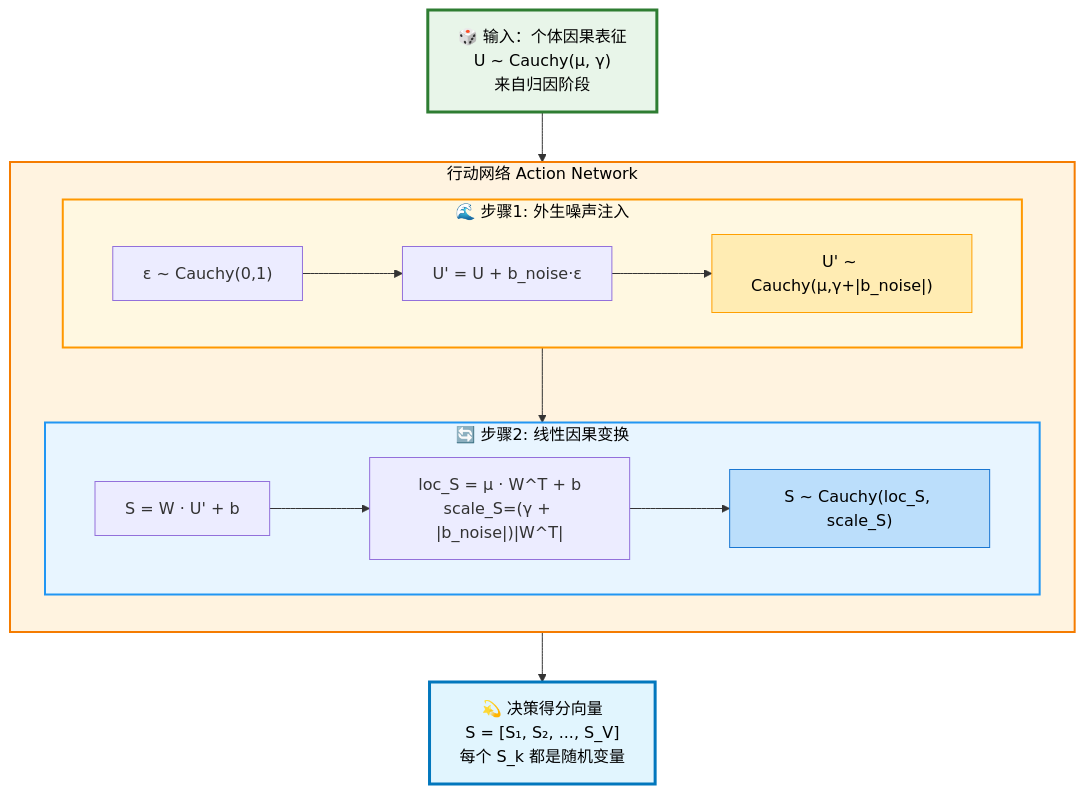
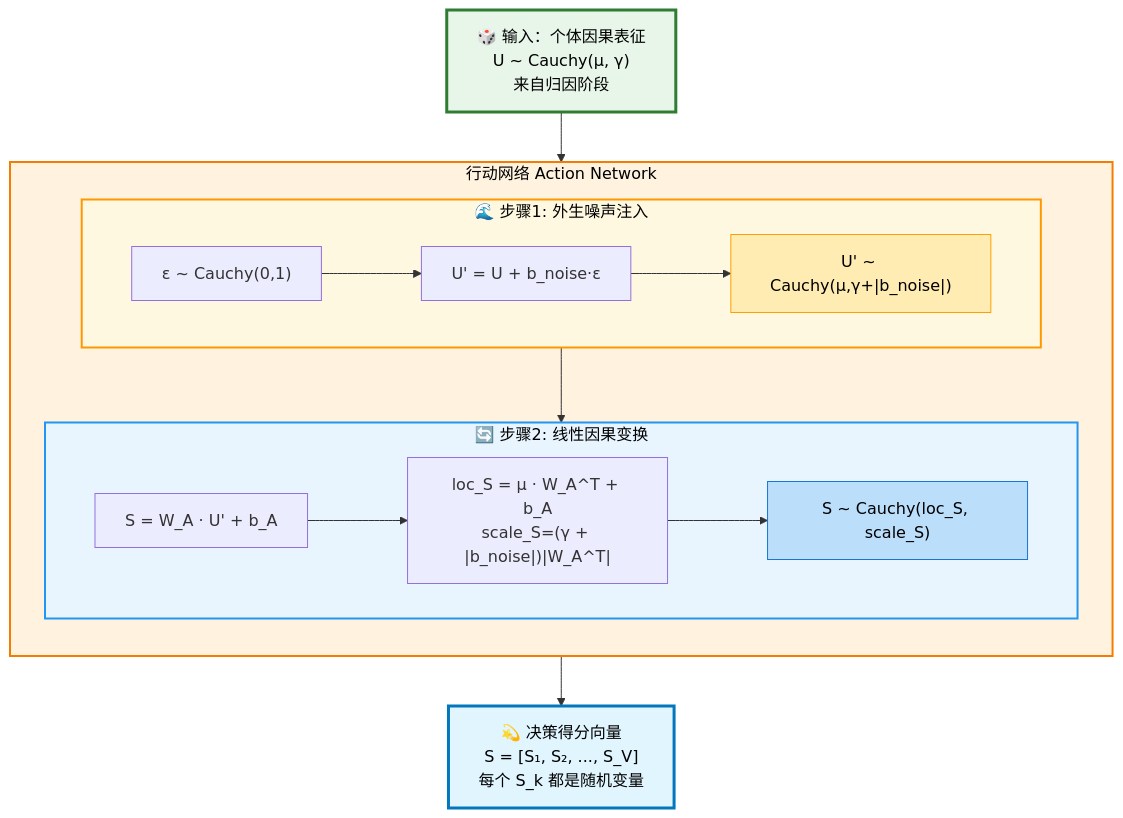
Before and after one commit to 1587causalai/CausalQwen: the fourth of 9 diagrams in causal_engine/MATHEMATICAL_FOUNDATIONS_CN.md, drawn with Mermaid. The commit also changed other lines of this file, not shown here.

````diff
--- a/causal_engine/MATHEMATICAL_FOUNDATIONS_CN.md
+++ b/causal_engine/MATHEMATICAL_FOUNDATIONS_CN.md
@@ -181,41 +181,41 @@
 ```mermaid
 graph TB
     %% 行动网络：两步变换生成决策得分
     
     U["🎲 输入：个体因果表征<br/>U ~ Cauchy(μ, γ)<br/>来自归因阶段"]
     
     U --> ActionNet
     
     subgraph ActionNet ["行动网络 Action Network"]
         direction TB
         
         subgraph Step1 ["🌊 步骤1: 外生噪声注入"]
             direction LR
             Noise["ε ~ Cauchy(0,1)"] 
             NoiseOp["U' = U + b_noise·ε"]
             Result1["U' ~ Cauchy(μ,γ+|b_noise|)"]
             Noise --> NoiseOp --> Result1
         end
         
         subgraph Step2 ["🔄 步骤2: 线性因果变换"]
             direction LR
-            Transform["S = W · U' + b"]
-            Params["loc_S = μ · W^T + b<br/>scale_S=(γ + |b_noise|)|W^T|"]
+            Transform["S = W_A · U' + b_A"]
+            Params["loc_S = μ · W_A^T + b_A<br/>scale_S=(γ + |b_noise|)|W_A^T|"]
             Result2["S ~ Cauchy(loc_S, scale_S)"]
             Transform --> Params --> Result2
         end
         
         Step1 --> Step2
     end
     
     ActionNet --> Output["💫 决策得分向量<br/>S = [S₁, S₂, ..., S_V]<br/>每个 S_k 都是随机变量"]
     
     %% 样式设计
     style U fill:#e8f5e9,stroke:#2e7d32,stroke-width:3px,color:#000
     style ActionNet fill:#fff3e0,stroke:#f57c00,stroke-width:2px,color:#000
     style Step1 fill:#fff8e1,stroke:#ff9800,stroke-width:2px,color:#000
     style Step2 fill:#e8f5ff,stroke:#2196f3,stroke-width:2px,color:#000
     style Output fill:#e1f5fe,stroke:#0277bd,stroke-width:3px,color:#000
     style Result1 fill:#ffecb3,stroke:#ffa000,stroke-width:1px,color:#000
     style Result2 fill:#bbdefb,stroke:#1976d2,stroke-width:1px,color:#000
 ```
````
